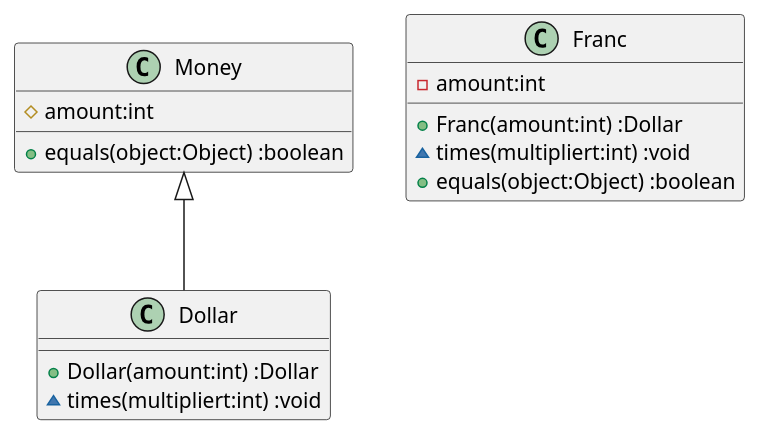
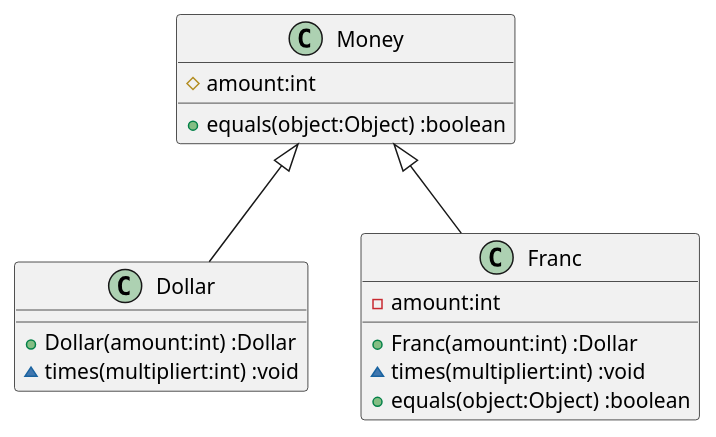
One commit to k2works/etude_for_java changed the diagram in docs/src/TDD.md. Above: the diagram before and after it, drawn with PlantUML. The commit also changed 3 other files, not shown here.

````diff
--- a/docs/src/TDD.md
+++ b/docs/src/TDD.md
@@ -59,17 +59,18 @@
 ```puml
 class Dollar {
   +Dollar(amount:int) :Dollar
   ~times(multipliert:int) :void
 }
 class Franc {
   -amount:int
   +Franc(amount:int) :Dollar
   ~times(multipliert:int) :void
   +equals(object:Object) :boolean
 }
 class Money {
   #amount:int
   +equals(object:Object) :boolean  
 }
 Money <|-- Dollar
+Money <|-- Franc
 ```
````
